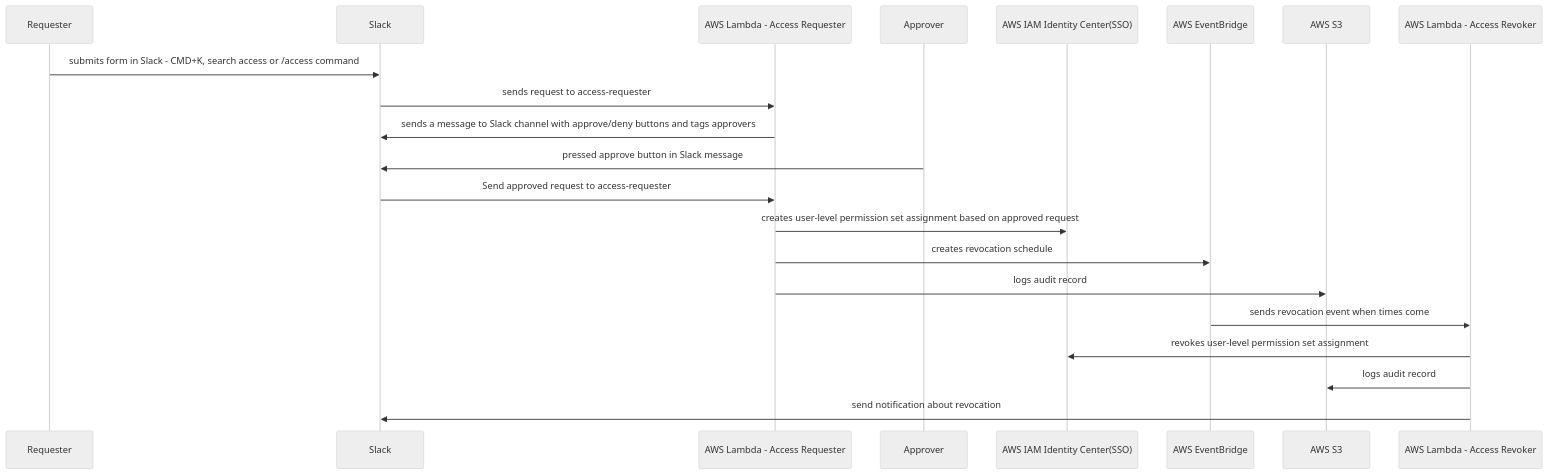
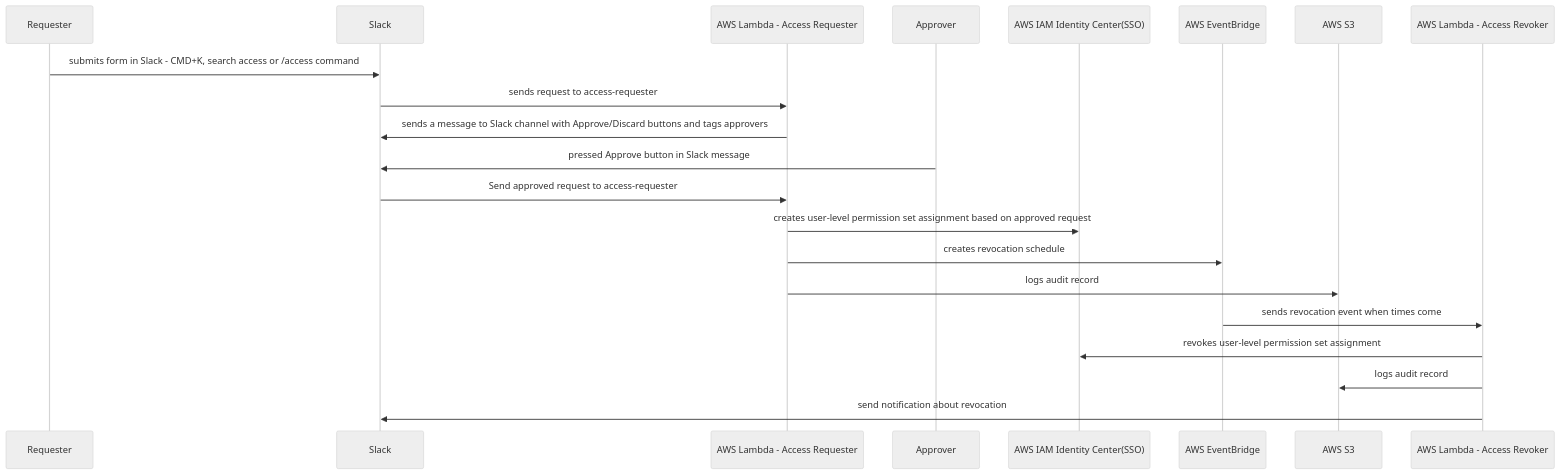
The first of 2 diagrams in README.md (fivexl/terraform-aws-sso-elevator), drawn with Mermaid (neutral theme) before and after one commit. The commit also changed other lines of this file and 20 other files, not shown here.

First line of the commit message:
[feature] Redesign Slack access-request messages (#240)

````diff
--- a/README.md
+++ b/README.md
@@ -65,15 +65,15 @@
 ```mermaid
 sequenceDiagram
     Requester->>Slack: submits form in Slack - CMD+K, search access or /access command
     Slack->>AWS Lambda - Access Requester: sends request to access-requester
-    AWS Lambda - Access Requester->>Slack: sends a message to Slack channel with approve/deny buttons and tags approvers
-    Approver->>Slack: pressed approve button in Slack message
+    AWS Lambda - Access Requester->>Slack: sends a message to Slack channel with Approve/Discard buttons and tags approvers
+    Approver->>Slack: pressed Approve button in Slack message
     Slack->>AWS Lambda - Access Requester: Send approved request to access-requester
     AWS Lambda - Access Requester->>AWS IAM Identity Center(SSO): creates user-level permission set assignment based on approved request
     AWS Lambda - Access Requester->>AWS EventBridge: creates revocation schedule
     AWS Lambda - Access Requester->>AWS S3: logs audit record
     AWS EventBridge->>AWS Lambda - Access Revoker: sends revocation event when times come
     AWS Lambda - Access Revoker->>AWS IAM Identity Center(SSO): revokes user-level permission set assignment
     AWS Lambda - Access Revoker->>AWS S3: logs audit record
     AWS Lambda - Access Revoker->>Slack:  send notification about revocation
 ```
````
